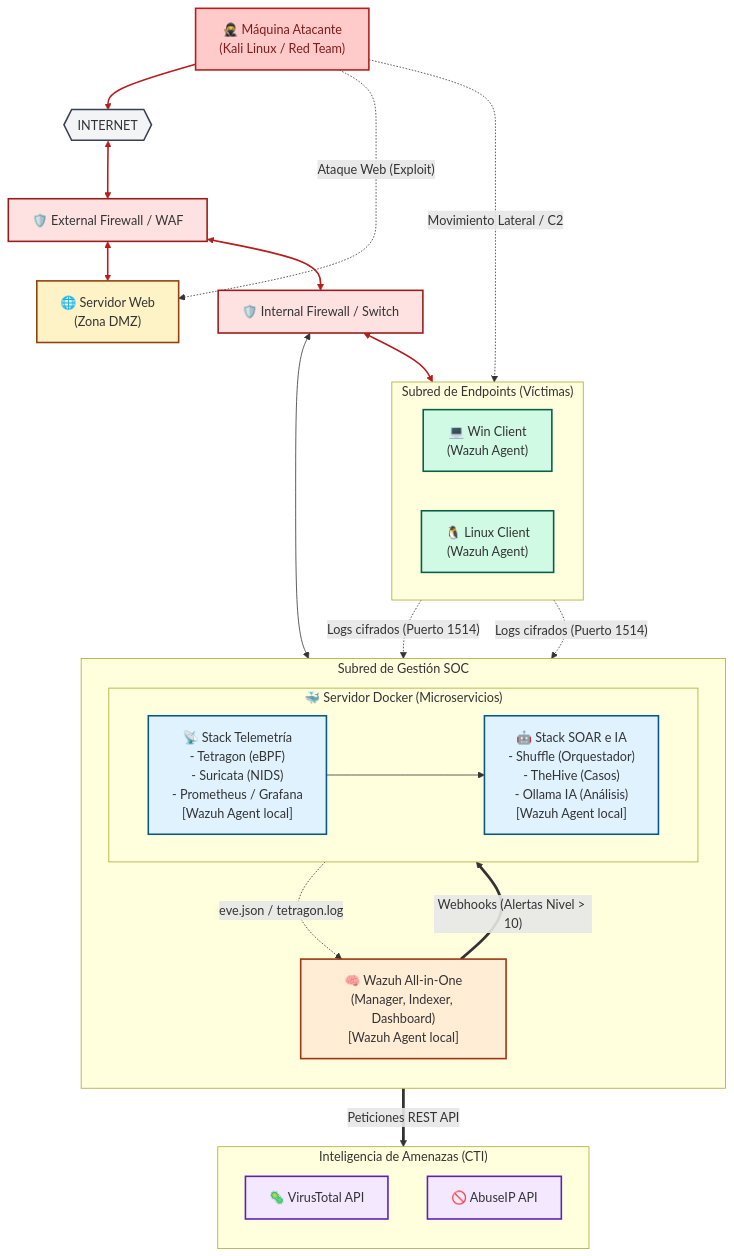
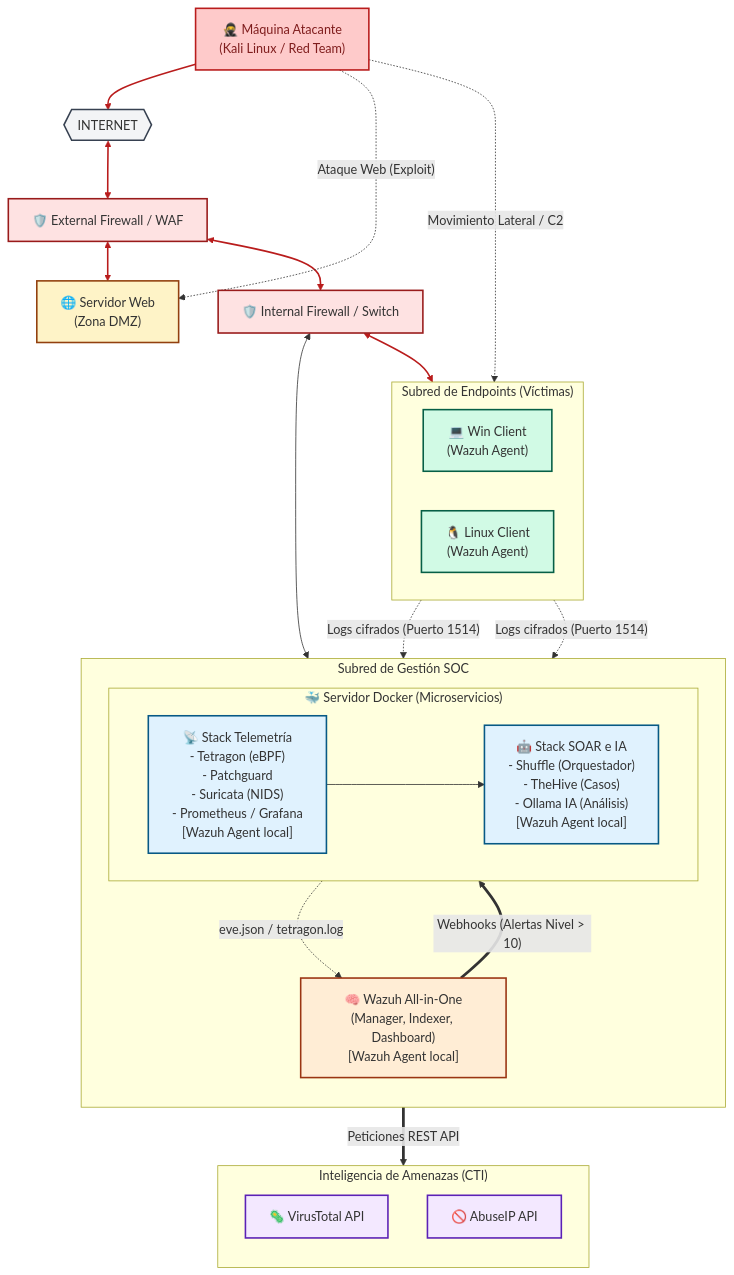
Before and after one commit to BlueShield-Ch4rl13/Infra-SocAnalyst: the second of 2 diagrams in README.md, drawn with Mermaid.

Commit message:
Update telemetry stack in README.md

````diff
--- a/README.md
+++ b/README.md
@@ -66,78 +66,78 @@
 ```mermaid
 flowchart TB
     %% Estilos de los nodos
     classDef cloud fill:#f3f4f6,stroke:#374151,stroke-width:2px;
     classDef fw fill:#fee2e2,stroke:#991b1b,stroke-width:2px;
     classDef dmz fill:#fef3c7,stroke:#92400e,stroke-width:2px;
     classDef endpoints fill:#d1fae5,stroke:#065f46,stroke-width:2px;
     classDef wazuh fill:#ffedd5,stroke:#9a3412,stroke-width:2px;
     classDef docker fill:#e0f2fe,stroke:#075985,stroke-width:2px;
     classDef api fill:#f3e8ff,stroke:#5b21b6,stroke-width:2px;
     classDef attacker fill:#fecaca,stroke:#b91c1c,stroke-width:2px,color:#7f1d1d;
 
     %% Entorno Externo y Atacante
     ATK["🥷 Máquina Atacante\n(Kali Linux / Red Team)"]:::attacker
     INET{{"INTERNET"}}:::cloud
     
     ATK --> INET
     
     %% Perímetro y Zona DMZ
     FW_EXT["🛡️ External Firewall / WAF"]:::fw
     WWW["🌐 Servidor Web\n(Zona DMZ)"]:::dmz
     
     INET <--> FW_EXT
     FW_EXT <--> WWW
     
     %% Red Interna / Core
     FW_INT["🛡️ Internal Firewall / Switch"]:::fw
     FW_EXT <--> FW_INT
 
     %% Zona de Clientes
     subgraph RED_CLIENTES ["Subred de Endpoints (Víctimas)"]
         direction LR
         WIN["💻 Win Client\n(Wazuh Agent)"]:::endpoints
         LIN["🐧 Linux Client\n(Wazuh Agent)"]:::endpoints
     end
     FW_INT <--> RED_CLIENTES
 
     %% Zona de Gestión SOC
     subgraph RED_SOC ["Subred de Gestión SOC"]
         direction TB
         WAZUH["🧠 Wazuh All-in-One\n(Manager, Indexer, Dashboard)\n[Wazuh Agent local]"]:::wazuh
         
         subgraph DOCKER_HOST ["🐳 Servidor Docker (Microservicios)"]
             direction LR
-            DOCKER_SENSORS["📡 Stack Telemetría\n- Tetragon (eBPF)\n- Suricata (NIDS)\n- Prometheus / Grafana\n[Wazuh Agent local]"]:::docker
+            DOCKER_SENSORS["📡 Stack Telemetría\n- Tetragon (eBPF)\n- Patchguard\n- Suricata (NIDS)\n- Prometheus / Grafana\n[Wazuh Agent local]"]:::docker
             
             DOCKER_SOAR["🤖 Stack SOAR e IA\n- Shuffle (Orquestador)\n- TheHive (Casos)\n- Ollama IA (Análisis)\n[Wazuh Agent local]"]:::docker
         end
         
         %% Conexión interna Docker
         DOCKER_SENSORS ---> DOCKER_SOAR
     end
     FW_INT <--> RED_SOC
 
     %% Zona de Inteligencia Externa
     subgraph APIS_EXTERNAS ["Inteligencia de Amenazas (CTI)"]
         direction TB
         VT["🦠 VirusTotal API"]:::api
         ABUSE["🚫 AbuseIP API"]:::api
     end
 
     %% --- FLUJOS DE DATOS ---
     
     %% 1. Flujos de Ataque (Líneas rojas punteadas)
     linkStyle 0,1,2,3,4 stroke:#b91c1c,stroke-width:2px;
     ATK -. "Ataque Web (Exploit)" .-> WWW
     ATK -. "Movimiento Lateral / C2" .-> WIN
 
     %% 2. Telemetría SOC (Líneas grises punteadas)
     WIN -. "Logs cifrados (Puerto 1514)" .-> WAZUH
     LIN -. "Logs cifrados (Puerto 1514)" .-> WAZUH
     DOCKER_SENSORS -. "eve.json / tetragon.log" .-> WAZUH
 
     %% 3. SOAR y Automatización (Líneas continuas gruesas)
     WAZUH == "Webhooks (Alertas Nivel > 10)" ==> DOCKER_SOAR
     DOCKER_SOAR == "Peticiones REST API" ==> APIS_EXTERNAS
 
 ```
````
